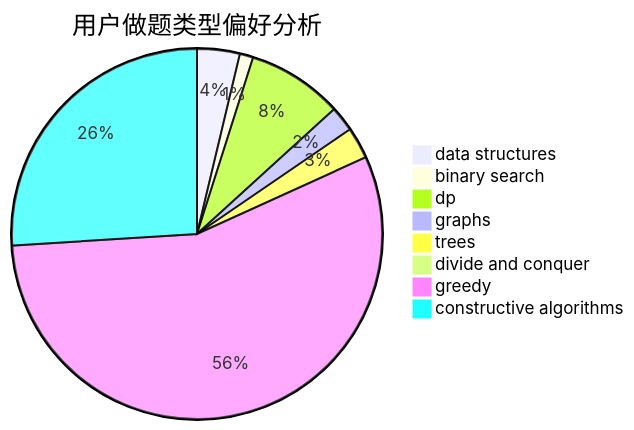
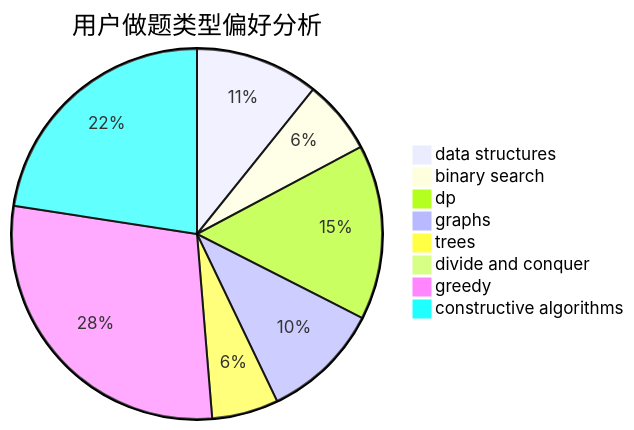
One commit to sherpahu/cfrs.github.io changed the second of 3 diagrams in docs/user/u1499.md. Above: the diagram before and after it, drawn with Mermaid. The commit also changed other lines of this file and 2770 other files, not shown here.

````diff
--- a/docs/user/u1499.md
+++ b/docs/user/u1499.md
@@ -23,11 +23,11 @@
 ```mermaid
 pie title 用户做题类型偏好分析
-    "data structures" :  54
-    "binary search" :  17
-    "dp" :  121
-    "graphs" :  32
-    "trees" :  40
-    "divide and conquer" :  0
-    "greedy" :  809
-    "constructive algorithms" :  377
+    "data structures" :  115
+    "binary search" :  69
+    "dp" :  163
+    "graphs" :  111
+    "trees" :  62
+    "divide and conquer" :  10
+    "greedy" :  307
+    "constructive algorithms" :  241
 ```
````
